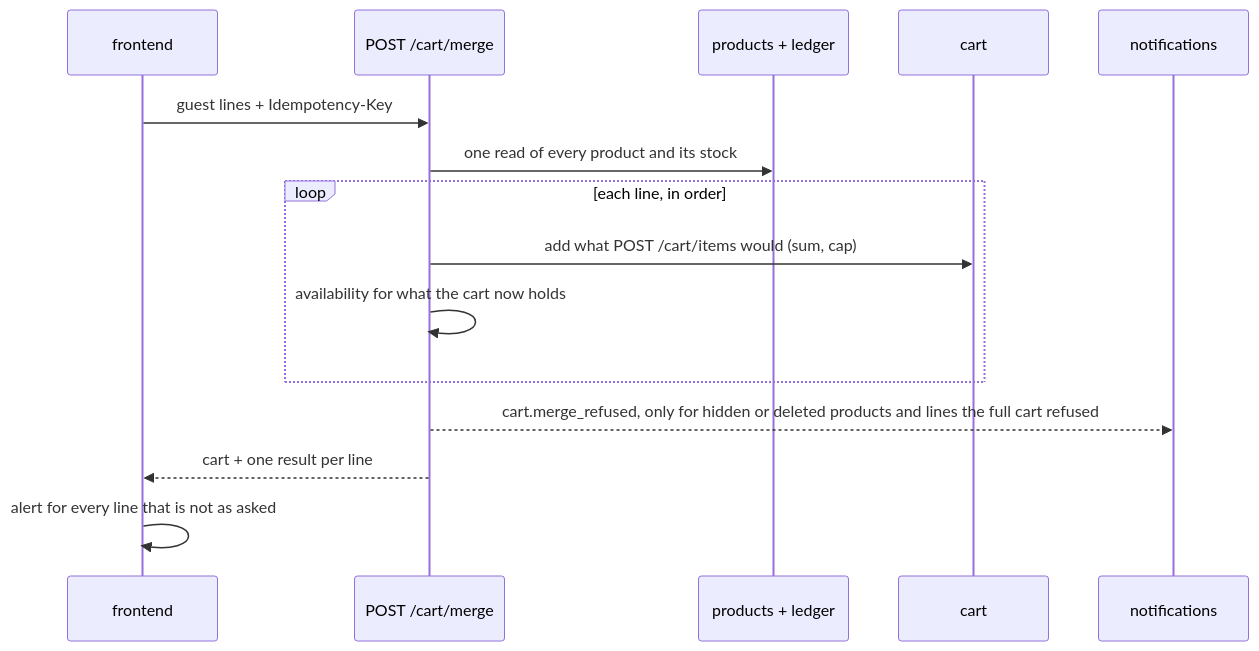
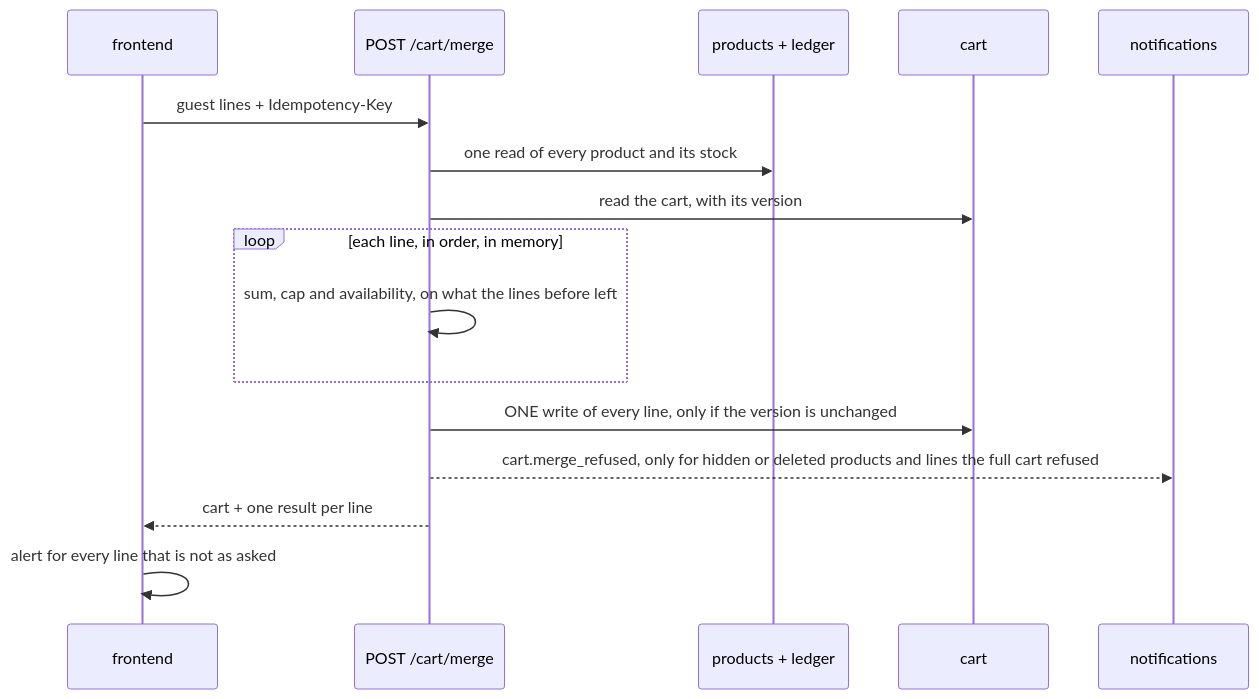
Before and after one commit to Guebbit/boilerplate-node-backend: the third of 4 diagrams in docs/modules/cart.md, drawn with Mermaid. The commit also changed other lines of this file and 8 other files, not shown here.

````diff
--- a/docs/modules/cart.md
+++ b/docs/modules/cart.md
@@ -240,17 +240,18 @@
 ```mermaid
 sequenceDiagram
     participant FE as frontend
     participant API as POST /cart/merge
     participant P as products + ledger
     participant C as cart
     participant N as notifications
     FE->>API: guest lines + Idempotency-Key
     API->>P: one read of every product and its stock
-    loop each line, in order
-        API->>C: add what POST /cart/items would (sum, cap)
-        API->>API: availability for what the cart now holds
+    API->>C: read the cart, with its version
+    loop each line, in order, in memory
+        API->>API: sum, cap and availability, on what the lines before left
     end
+    API->>C: ONE write of every line, only if the version is unchanged
     API-->>N: cart.merge_refused, only for hidden or deleted products and lines the full cart refused
     API-->>FE: cart + one result per line
     FE->>FE: alert for every line that is not as asked
 ```
````
